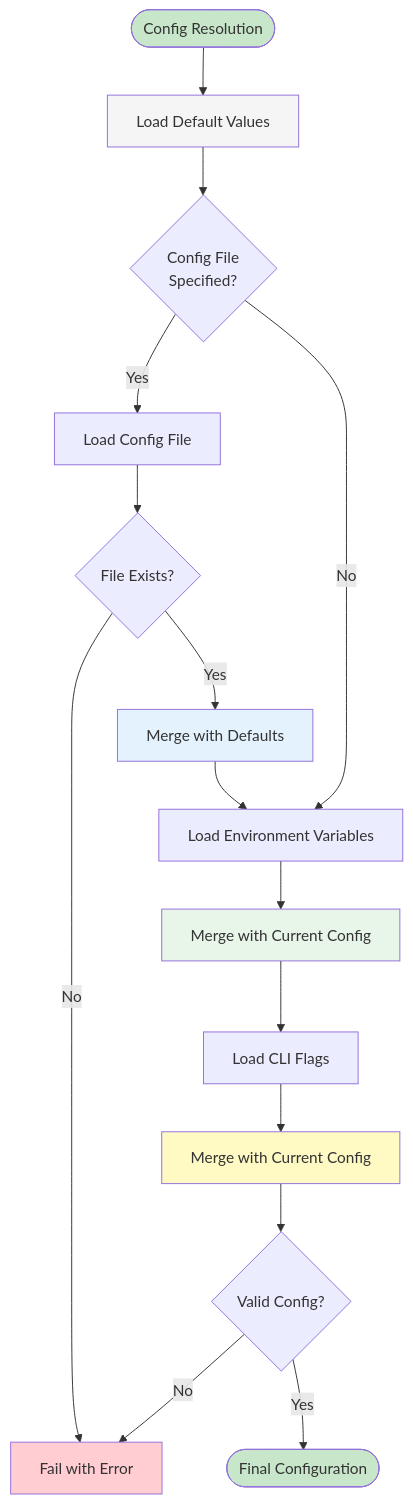
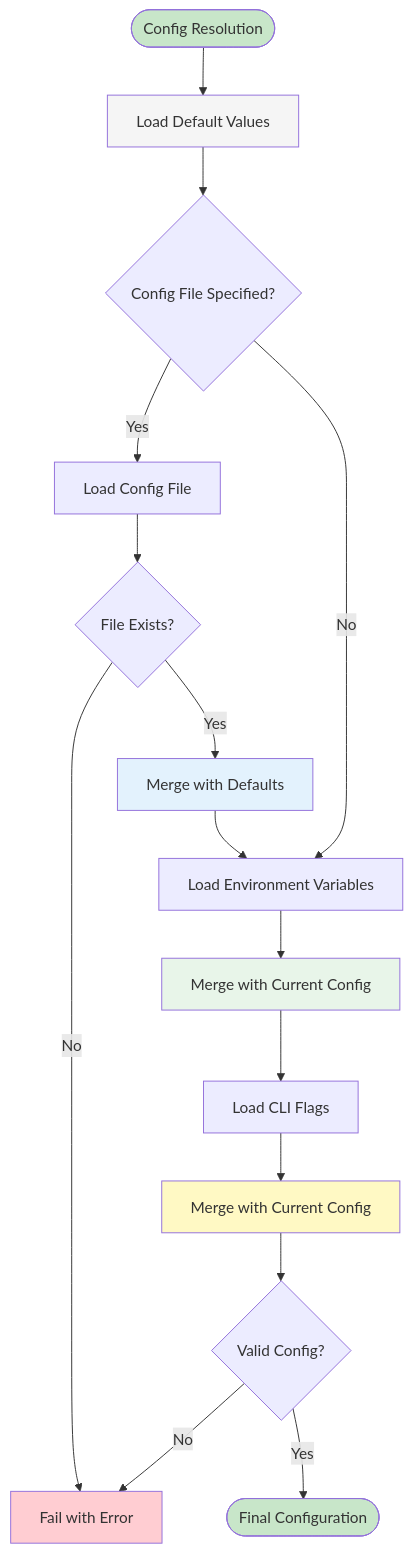
One commit to softwarewrighter/ui-test-rs changed the fourth of 8 diagrams in wiki/Configuration.md. Above: the diagram before and after it, drawn with Mermaid. The commit also changed other lines of this file and 10 other files, not shown here.

First line of the commit message:
Fix wiki Mermaid diagrams: remove <br/> tags

````diff
--- a/wiki/Configuration.md
+++ b/wiki/Configuration.md
@@ -183,39 +183,39 @@
 ```mermaid
 flowchart TB
     Start([Config Resolution])
     LoadDefaults[Load Default Values]
-    CheckFile{Config File<br/>Specified?}
+    CheckFile{Config File Specified?}
     LoadFile[Load Config File]
     FileExists{File Exists?}
     Error[Fail with Error]
     MergeFile[Merge with Defaults]
     LoadEnv[Load Environment Variables]
     MergeEnv[Merge with Current Config]
     LoadCLI[Load CLI Flags]
     MergeCLI[Merge with Current Config]
     Validate{Valid Config?}
     Done([Final Configuration])
 
     Start --> LoadDefaults
     LoadDefaults --> CheckFile
     CheckFile -->|Yes| LoadFile
     CheckFile -->|No| LoadEnv
     LoadFile --> FileExists
     FileExists -->|No| Error
     FileExists -->|Yes| MergeFile
     MergeFile --> LoadEnv
     LoadEnv --> MergeEnv
     MergeEnv --> LoadCLI
     LoadCLI --> MergeCLI
     MergeCLI --> Validate
     Validate -->|No| Error
     Validate -->|Yes| Done
 
     style Start fill:#c8e6c9
     style Error fill:#ffcdd2
     style Done fill:#c8e6c9
     style LoadDefaults fill:#f5f5f5
     style MergeFile fill:#e3f2fd
     style MergeEnv fill:#e8f5e9
     style MergeCLI fill:#fff9c4
 ```
````
